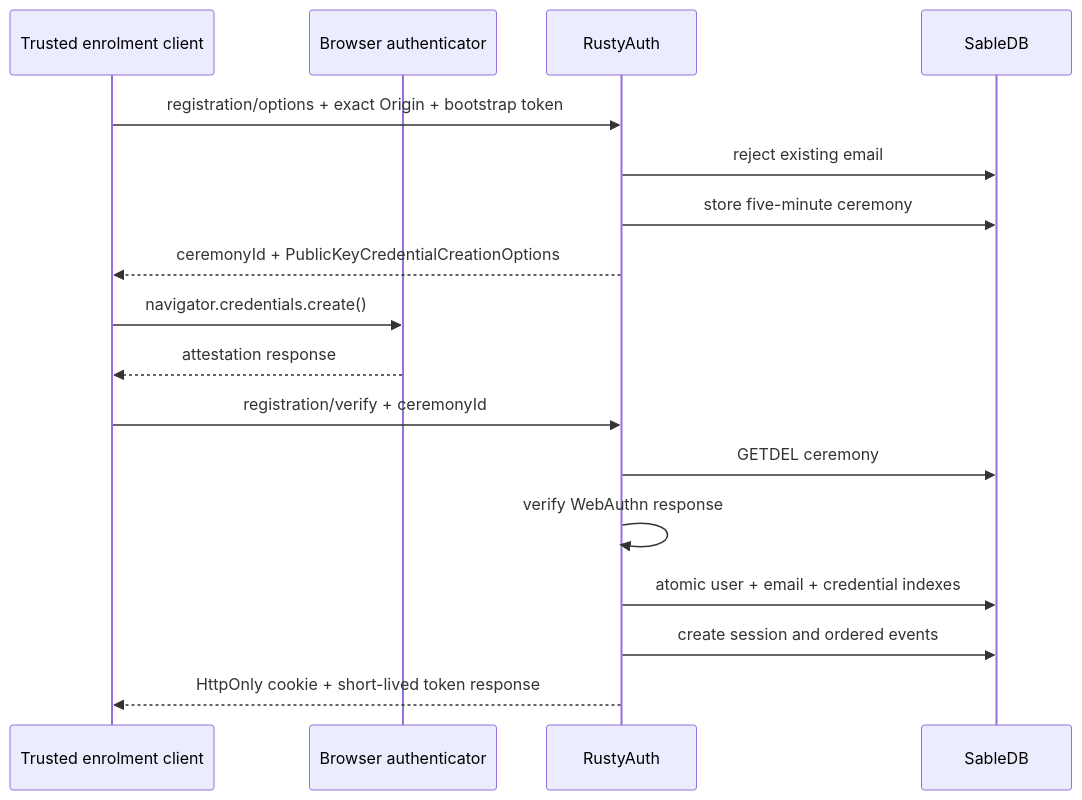
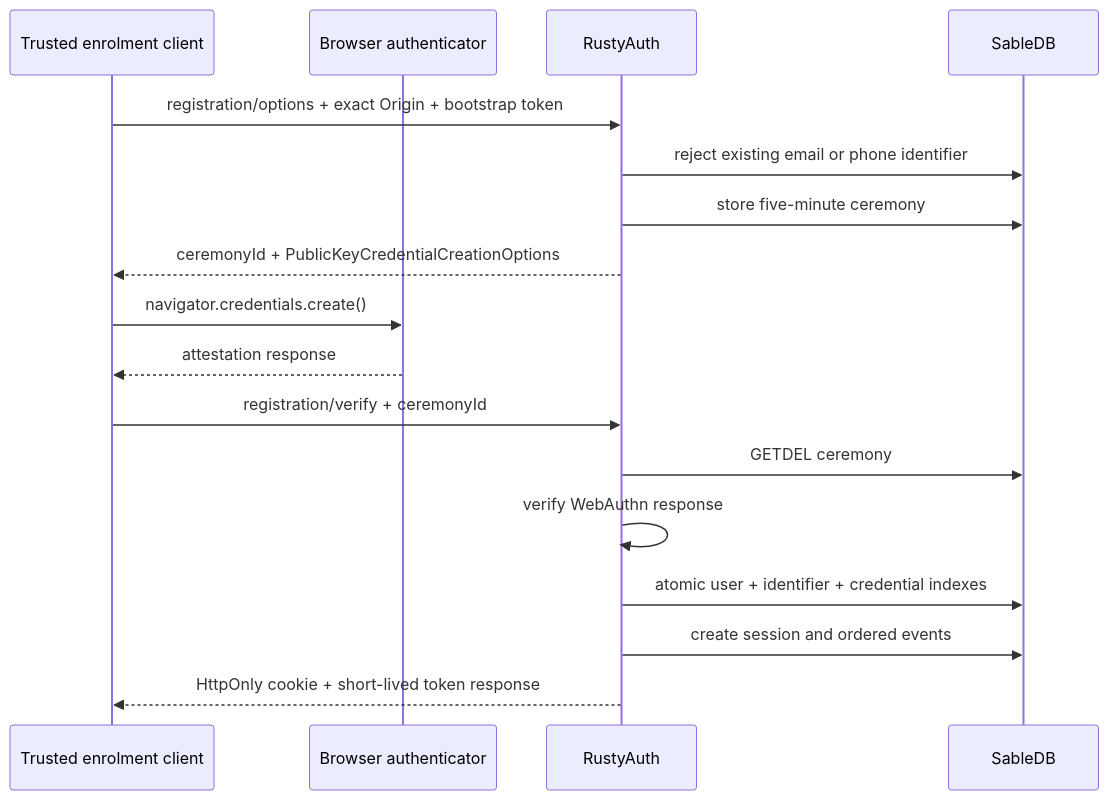
Before and after one commit to rusty-auth/rustyauth: the second of 2 diagrams in docs/ARCHITECTURE.md, drawn with Mermaid. The commit also changed other lines of this file and 77 other files, not shown here.

````diff
--- a/docs/ARCHITECTURE.md
+++ b/docs/ARCHITECTURE.md
@@ -99,20 +110,20 @@
 ```mermaid
 sequenceDiagram
     participant C as Trusted enrolment client
     participant B as Browser authenticator
     participant R as RustyAuth
     participant S as SableDB
 
     C->>R: registration/options + exact Origin + bootstrap token
-    R->>S: reject existing email
+    R->>S: reject existing email or phone identifier
     R->>S: store five-minute ceremony
     R-->>C: ceremonyId + PublicKeyCredentialCreationOptions
     C->>B: navigator.credentials.create()
     B-->>C: attestation response
     C->>R: registration/verify + ceremonyId
     R->>S: GETDEL ceremony
     R->>R: verify WebAuthn response
-    R->>S: atomic user + email + credential indexes
+    R->>S: atomic user + identifier + credential indexes
     R->>S: create session and ordered events
     R-->>C: HttpOnly cookie + short-lived token response
 ```
````
